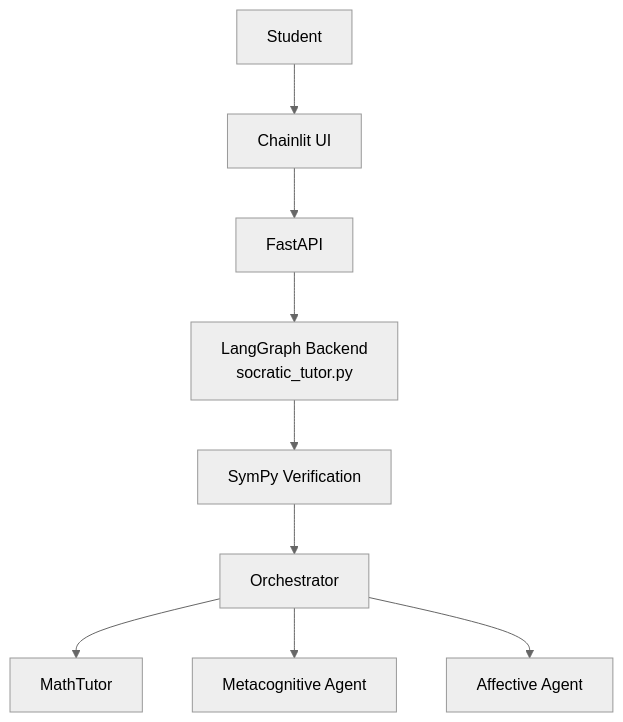
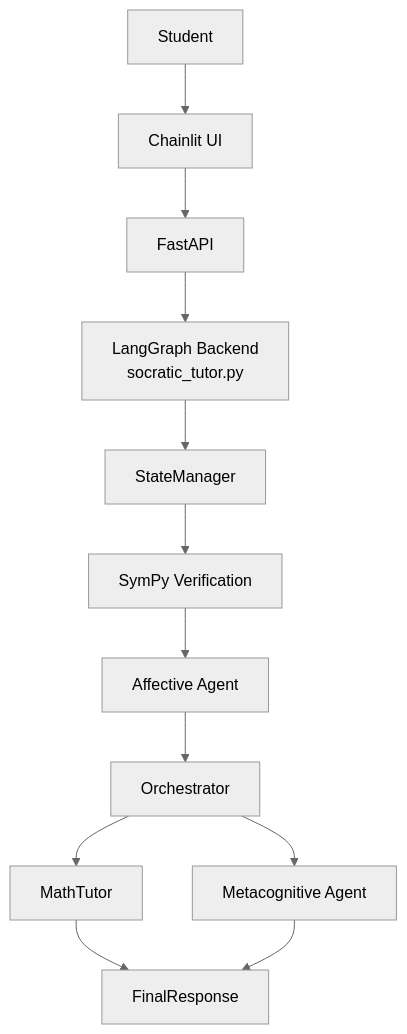
One commit to 11awrence/socratic-tutoring-system changed the diagram in README.md. Above: the diagram before and after it, drawn with Mermaid (neutral theme).

Commit message:
modified mermaid

````diff
--- a/README.md
+++ b/README.md
@@ -8,11 +8,13 @@
 ```mermaid
 flowchart TD
     A[Student] --> B[Chainlit UI]
     B --> C[FastAPI]
     C --> D[LangGraph Backend<br/>socratic_tutor.py]
-    D --> E[SymPy Verification]
-    E --> F[Orchestrator]
-    F --> G[MathTutor]
-    F --> H[Metacognitive Agent]
-    F --> I[Affective Agent]
+    D --> E[StateManager]
+    E --> F[SymPy Verification]
+    F --> G[Affective Agent]
+    G --> H[Orchestrator]
+    H --> I[MathTutor]
+    H --> J[Metacognitive Agent]
+    I & J --> K[FinalResponse]
 ```
````
